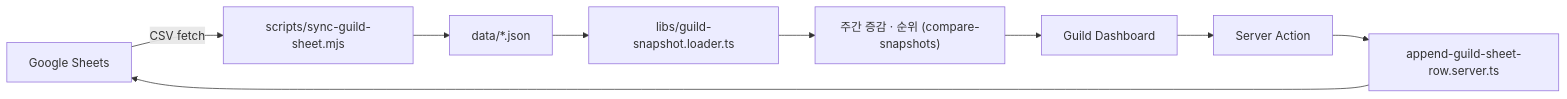
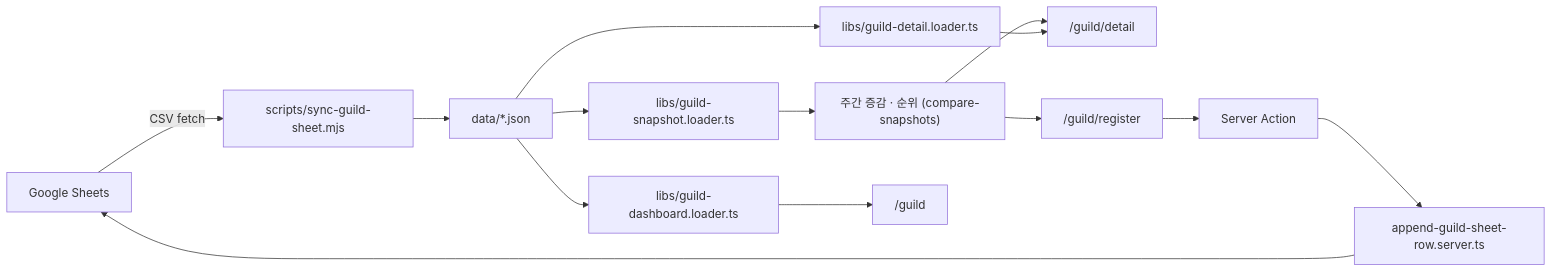
One commit to G-NooN-in-Dev/meki-guild changed the diagram in docs/ARCHITECTURE.md. Above: the diagram before and after it, drawn with Mermaid. The commit also changed other lines of this file and 2 other files, not shown here.

````diff
--- a/docs/ARCHITECTURE.md
+++ b/docs/ARCHITECTURE.md
@@ -40,20 +42,29 @@
 ```mermaid
 flowchart LR
   Sheets[Google Sheets]
   Sync["scripts/sync-guild-sheet.mjs"]
   JSON["data/*.json"]
-  Loader["libs/guild-snapshot.loader.ts"]
+  SnapLoader["libs/guild-snapshot.loader.ts"]
+  DashLoader["libs/guild-dashboard.loader.ts"]
+  DetailLoader["libs/guild-detail.loader.ts"]
   Diff["주간 증감 · 순위 (compare-snapshots)"]
-  UI[Guild Dashboard]
+  DashUI["/guild"]
+  DetailUI["/guild/detail"]
+  RegisterUI["/guild/register"]
   Action[Server Action]
   Append["append-guild-sheet-row.server.ts"]
 
   Sheets -->|CSV fetch| Sync
   Sync --> JSON
-  JSON --> Loader
-  Loader --> Diff
-  Diff --> UI
-  UI --> Action
+  JSON --> SnapLoader
+  JSON --> DashLoader
+  JSON --> DetailLoader
+  SnapLoader --> Diff
+  Diff --> DetailUI
+  Diff --> RegisterUI
+  DashLoader --> DashUI
+  DetailLoader --> DetailUI
+  RegisterUI --> Action
   Action --> Append
   Append --> Sheets
 ```
````
